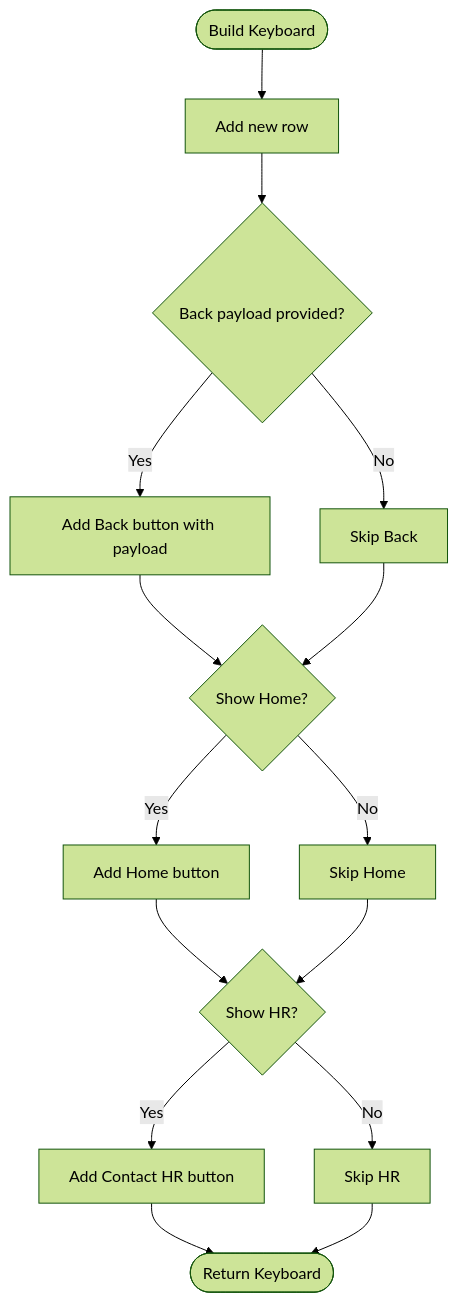
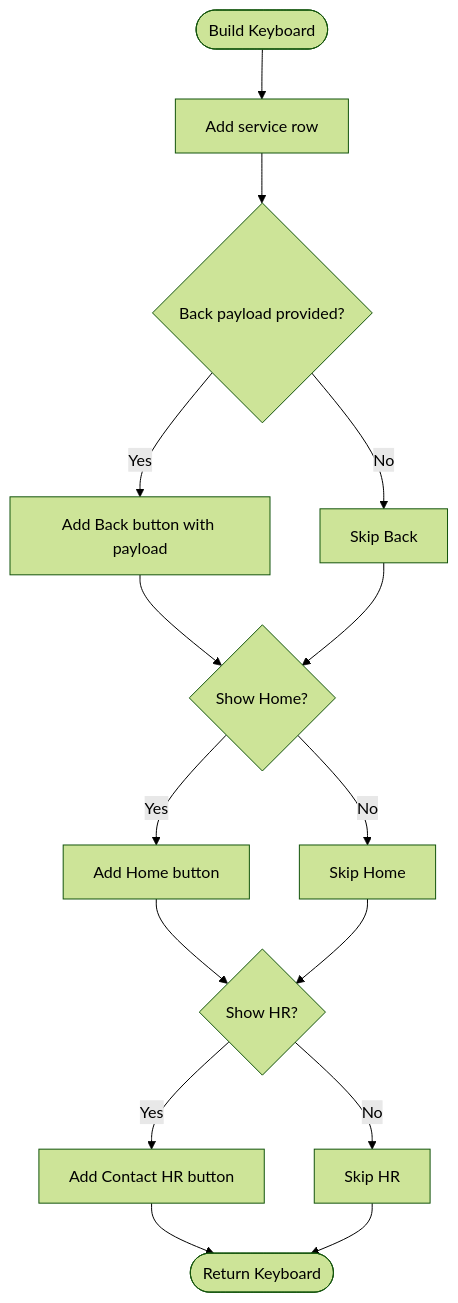
Before and after one commit to ognelis/cafetera_hr_bot: the fourth of 10 diagrams in .qoder/repowiki/en/content/Keyboard System.md, drawn with Mermaid (forest theme). The commit also changed other lines of this file and 15 other files, not shown here.

````diff
--- a/.qoder/repowiki/en/content/Keyboard System.md
+++ b/.qoder/repowiki/en/content/Keyboard System.md
@@ -150,17 +197,17 @@
 ```mermaid
 flowchart TD
-Start(["Build Keyboard"]) --> AddRow["Add new row"]
+Start(["Build Keyboard"]) --> AddRow["Add service row"]
 AddRow --> BackCheck{"Back payload provided?"}
 BackCheck --> |Yes| AddBack["Add Back button with payload"]
 BackCheck --> |No| SkipBack["Skip Back"]
 AddBack --> HomeCheck{"Show Home?"}
 SkipBack --> HomeCheck
 HomeCheck --> |Yes| AddHome["Add Home button"]
 HomeCheck --> |No| SkipHome["Skip Home"]
 AddHome --> HRCheck{"Show HR?"}
 SkipHome --> HRCheck
 HRCheck --> |Yes| AddHR["Add Contact HR button"]
 HRCheck --> |No| SkipHR["Skip HR"]
 AddHR --> End(["Return Keyboard"])
 SkipHR --> End
 ```
````
